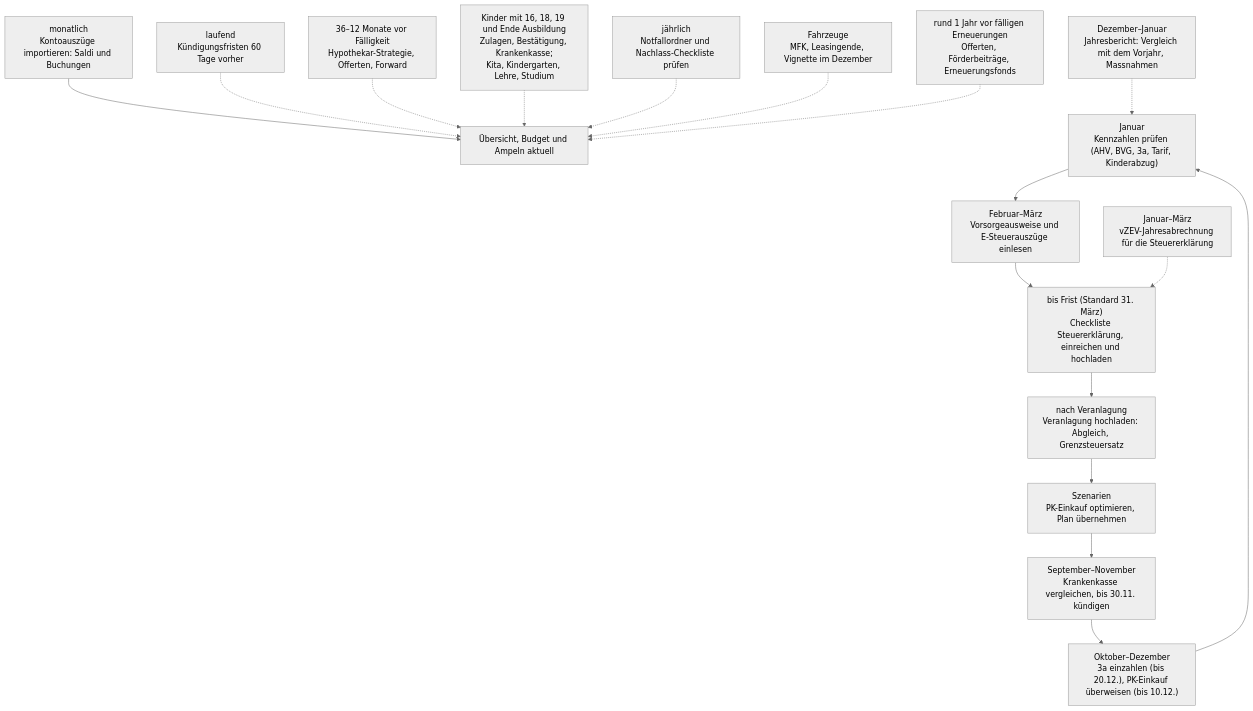
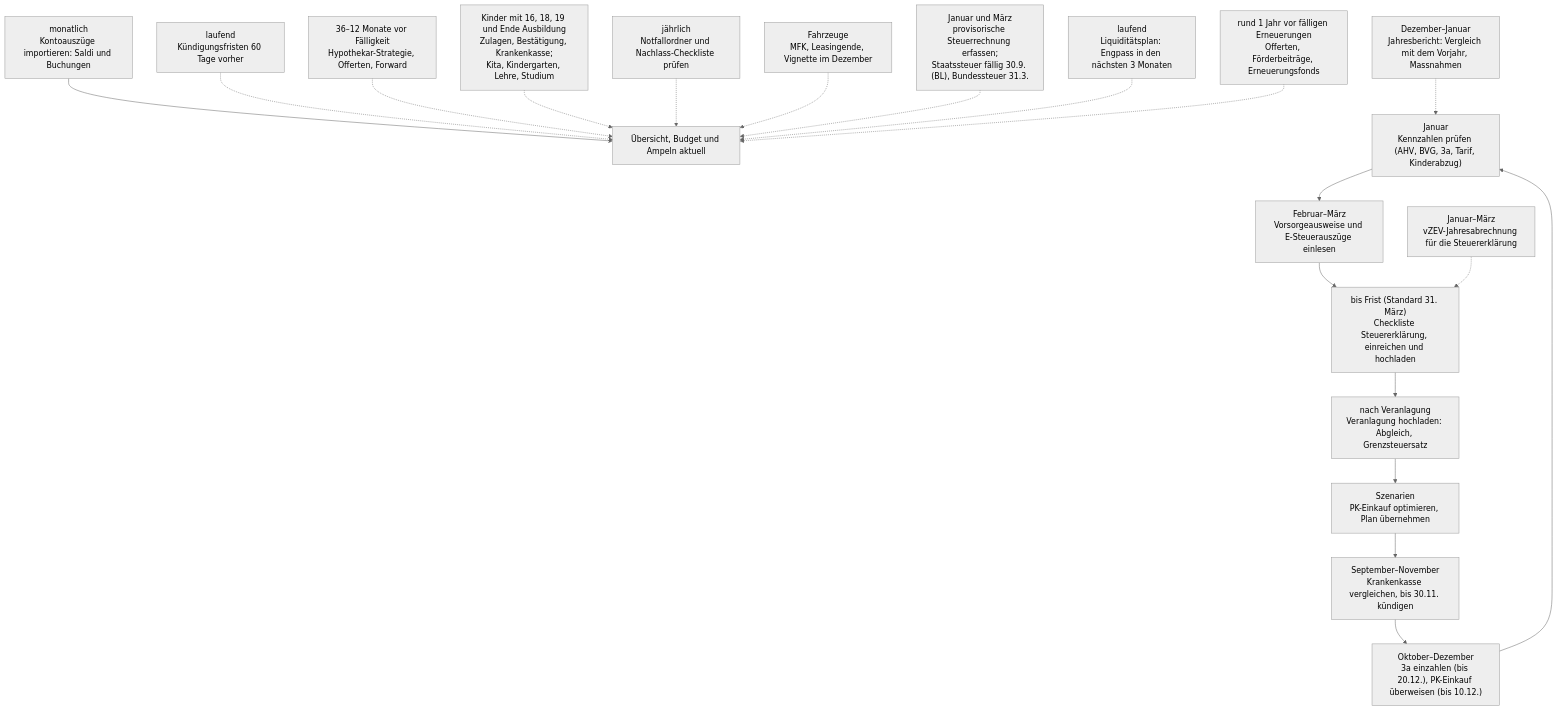
Before and after one commit to khu1985/finanz-ha: the diagram in docs/prozess-jahr.mmd, drawn with Mermaid (neutral theme). The commit also changed 18 other files, not shown here.

Commit message:
0.49.0: Liquiditätsplan 12 Monate und Steuern bezahlen

```diff
--- a/docs/prozess-jahr.mmd
+++ b/docs/prozess-jahr.mmd
@@ -1,17 +1,19 @@
 flowchart TD
     M["monatlich<br/>Kontoauszüge importieren: Saldi und Buchungen"] --> UE["Übersicht, Budget und Ampeln aktuell"]
     J["Januar<br/>Kennzahlen prüfen (AHV, BVG, 3a, Tarif, Kinderabzug)"] --> F
     F["Februar–März<br/>Vorsorgeausweise und E-Steuerauszüge einlesen"] --> SE
     SE["bis Frist (Standard 31. März)<br/>Checkliste Steuererklärung, einreichen und hochladen"] --> VE
     VE["nach Veranlagung<br/>Veranlagung hochladen: Abgleich, Grenzsteuersatz"] --> SZ
     SZ["Szenarien<br/>PK-Einkauf optimieren, Plan übernehmen"] --> KV
     KV["September–November<br/>Krankenkasse vergleichen, bis 30.11. kündigen"] --> DZ
     DZ["Oktober–Dezember<br/>3a einzahlen (bis 20.12.), PK-Einkauf überweisen (bis 10.12.)"] --> J
     VT["laufend<br/>Kündigungsfristen 60 Tage vorher"] -.-> UE
     HY["36–12 Monate vor Fälligkeit<br/>Hypothekar-Strategie, Offerten, Forward"] -.-> UE
     KD["Kinder mit 16, 18, 19 und Ende Ausbildung<br/>Zulagen, Bestätigung, Krankenkasse;<br/>Kita, Kindergarten, Lehre, Studium"] -.-> UE
     NO["jährlich<br/>Notfallordner und Nachlass-Checkliste prüfen"] -.-> UE
     FZ["Fahrzeuge<br/>MFK, Leasingende, Vignette im Dezember"] -.-> UE
     PV["Januar–März<br/>vZEV-Jahresabrechnung für die Steuererklärung"] -.-> SE
     JB["Dezember–Januar<br/>Jahresbericht: Vergleich mit dem Vorjahr, Massnahmen"] -.-> J
+    ST["Januar und März<br/>provisorische Steuerrechnung erfassen;<br/>Staatssteuer fällig 30.9. (BL), Bundessteuer 31.3."] -.-> UE
+    LQ["laufend<br/>Liquiditätsplan: Engpass in den nächsten 3 Monaten"] -.-> UE
     LG["rund 1 Jahr vor fälligen Erneuerungen<br/>Offerten, Förderbeiträge, Erneuerungsfonds"] -.-> UE
```
